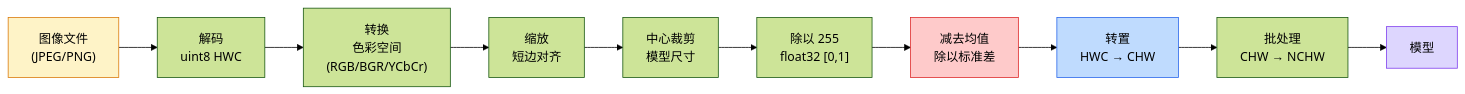
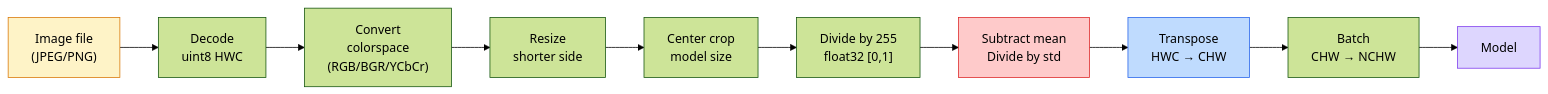
One commit to xiaojiaenen/ai-engineering-from-scratch-zh changed the first of 2 diagrams in i18n/zh/phases/04-computer-vision/01-image-fundamentals/docs/zh.md. Above: the diagram before and after it, drawn with Mermaid (forest theme). The commit also changed other lines of this file and 28 other files, not shown here.

````diff
--- a/i18n/zh/phases/04-computer-vision/01-image-fundamentals/docs/zh.md
+++ b/i18n/zh/phases/04-computer-vision/01-image-fundamentals/docs/zh.md
@@ -31,17 +31,17 @@
 ```mermaid
 flowchart LR
-    A["图像文件<br/>(JPEG/PNG)"] --> B["解码<br/>uint8 HWC"]
-    B --> C["转换<br/>色彩空间<br/>(RGB/BGR/YCbCr)"]
-    C --> D["缩放<br/>短边对齐"]
-    D --> E["中心裁剪<br/>模型尺寸"]
-    E --> F["除以 255<br/>float32 [0,1]"]
-    F --> G["减去均值<br/>除以标准差"]
-    G --> H["转置<br/>HWC → CHW"]
-    H --> I["批处理<br/>CHW → NCHW"]
-    I --> J["模型"]
+    A["Image file<br/>(JPEG/PNG)"] --> B["Decode<br/>uint8 HWC"]
+    B --> C["Convert<br/>colorspace<br/>(RGB/BGR/YCbCr)"]
+    C --> D["Resize<br/>shorter side"]
+    D --> E["Center crop<br/>model size"]
+    E --> F["Divide by 255<br/>float32 [0,1]"]
+    F --> G["Subtract mean<br/>Divide by std"]
+    G --> H["Transpose<br/>HWC → CHW"]
+    H --> I["Batch<br/>CHW → NCHW"]
+    I --> J["Model"]
 
     style A fill:#fef3c7,stroke:#d97706
     style J fill:#ddd6fe,stroke:#7c3aed
     style G fill:#fecaca,stroke:#dc2626
     style H fill:#bfdbfe,stroke:#2563eb
 ```
````
